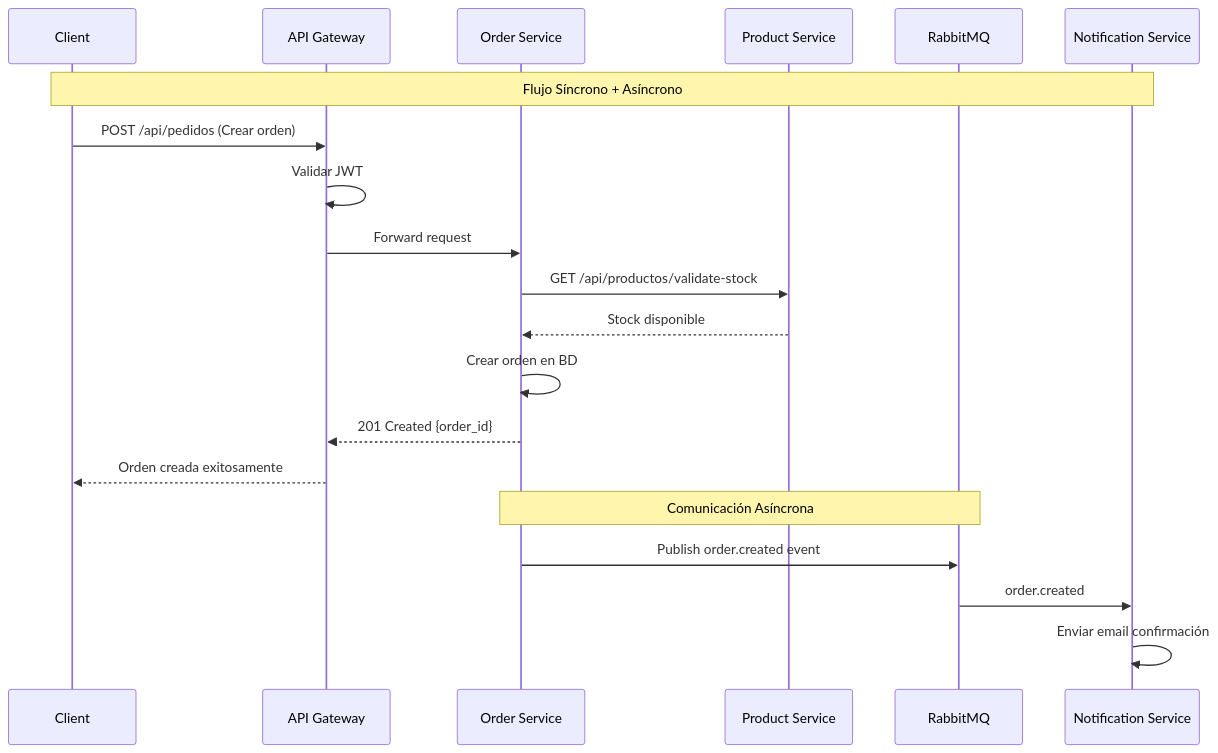
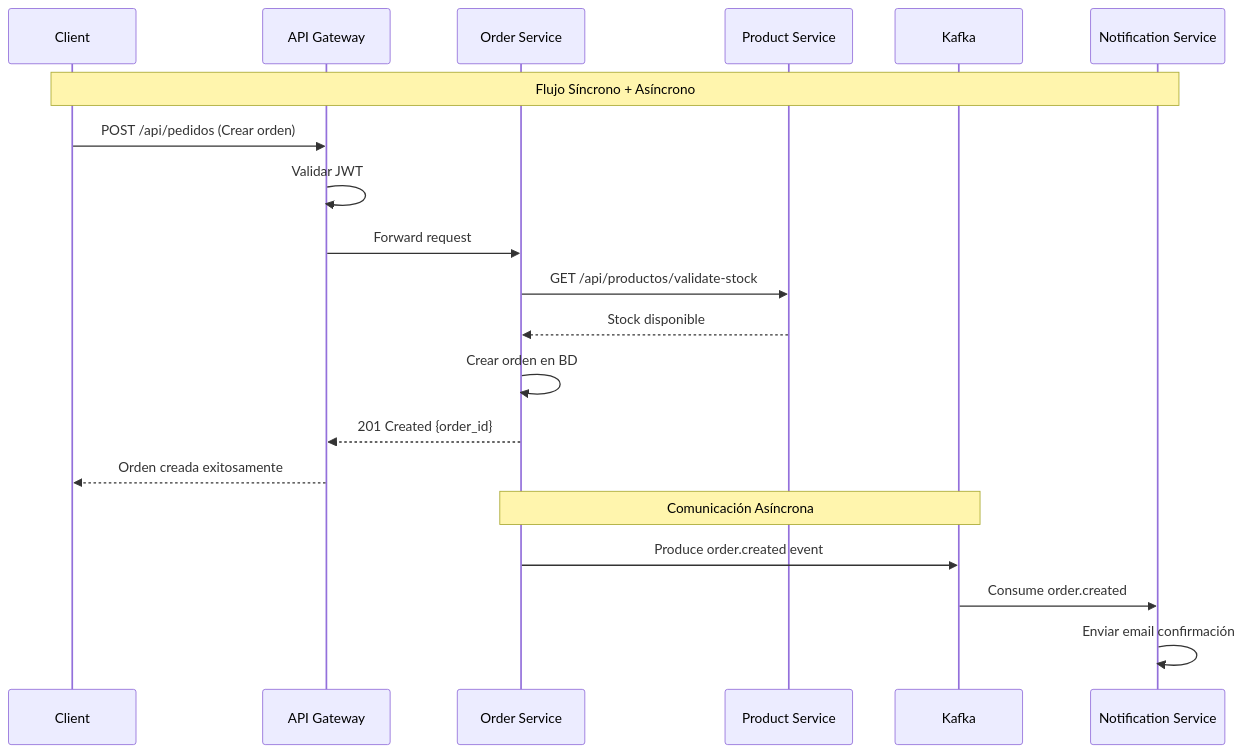
One commit to paelsam/class_smart_microservices changed the fourth of 6 diagrams in README.md. Above: the diagram before and after it, drawn with Mermaid. The commit also changed other lines of this file, not shown here.

````diff
--- a/README.md
+++ b/README.md
@@ -614,28 +611,28 @@
 ```mermaid
 sequenceDiagram
     participant C as Client
     participant G as API Gateway
     participant O as Order Service
     participant P as Product Service
-    participant MQ as RabbitMQ
+    participant K as Kafka
     participant N as Notification Service
     
     Note over C,N: Flujo Síncrono + Asíncrono
     
     C->>G: POST /api/pedidos (Crear orden)
     G->>G: Validar JWT
     G->>O: Forward request
     
     O->>P: GET /api/productos/validate-stock
     P-->>O: Stock disponible
     
     O->>O: Crear orden en BD
     O-->>G: 201 Created {order_id}
     G-->>C: Orden creada exitosamente
     
-    Note over O,MQ: Comunicación Asíncrona
-    O->>MQ: Publish order.created event
+    Note over O,K: Comunicación Asíncrona
+    O->>K: Produce order.created event
     
-    MQ->>N: order.created
+    K->>N: Consume order.created
     N->>N: Enviar email confirmación
 ```
````
